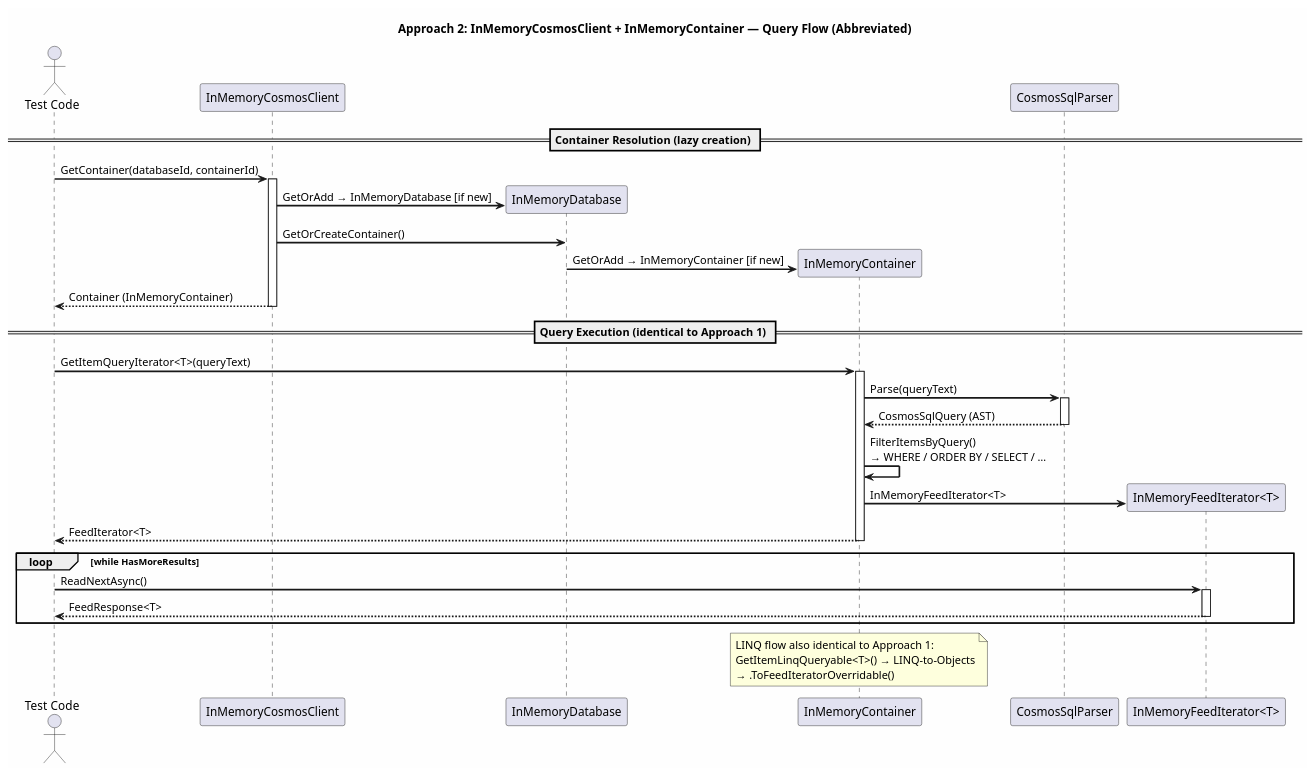
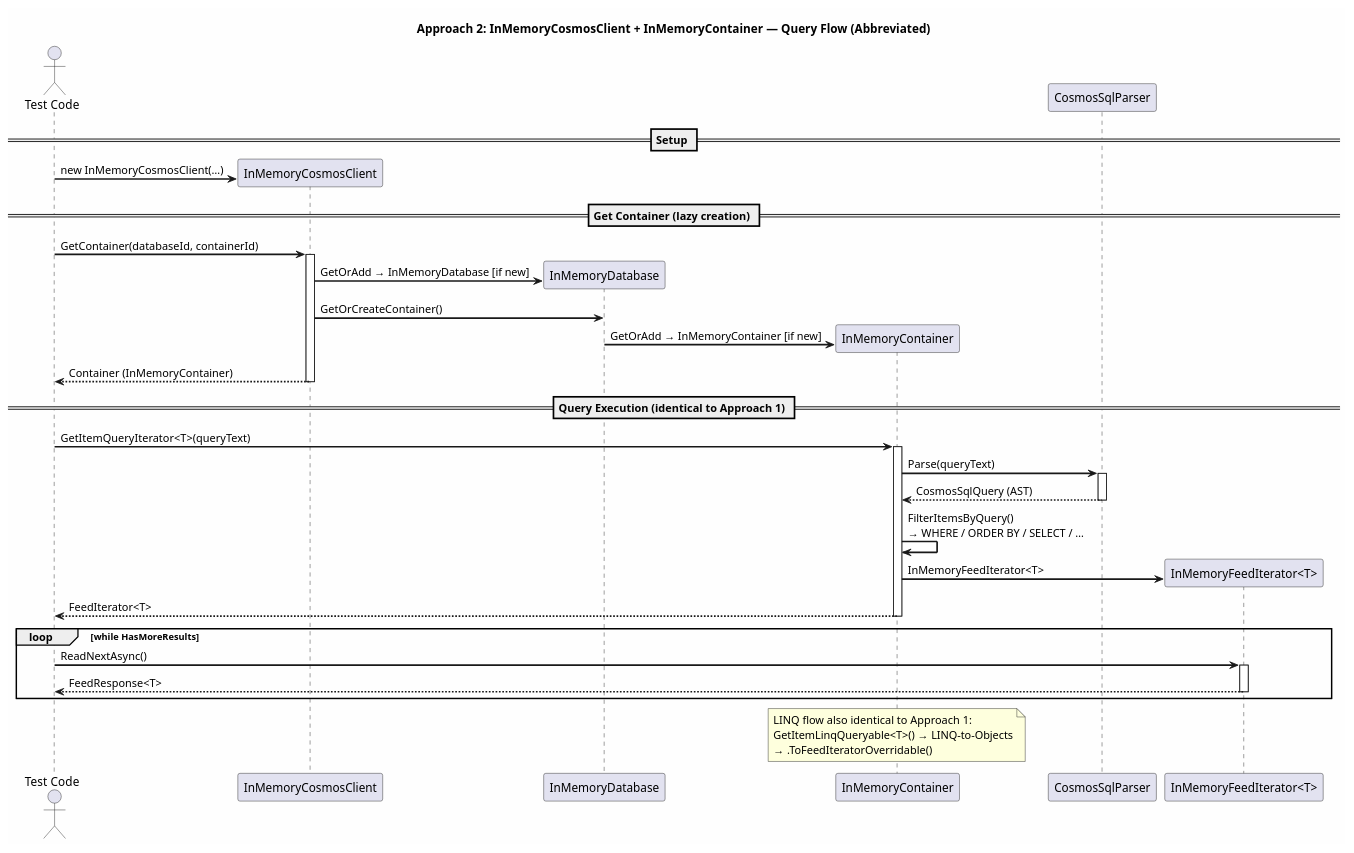
The diagram in plans/diagrams/abbreviated/approach2.puml (lemonlion/CosmosDB.InMemoryEmulator), drawn with PlantUML before and after one commit. The commit also changed 13 other files, not shown here.

```diff
--- a/plans/diagrams/abbreviated/approach2.puml
+++ b/plans/diagrams/abbreviated/approach2.puml
@@ -1,42 +1,45 @@
 @startuml approach2-abbreviated
 title **Approach 2: InMemoryCosmosClient + InMemoryContainer — Query Flow (Abbreviated)**
 
 skinparam backgroundColor #FEFEFE
 skinparam sequenceArrowThickness 2
 
 actor "Test Code" as Test
 participant "InMemoryCosmosClient" as Client
 participant "InMemoryDatabase" as DB
 participant "InMemoryContainer" as IMC
 participant "CosmosSqlParser" as Parser
 participant "InMemoryFeedIterator<T>" as FeedIter
 
-== Container Resolution (lazy creation) ==
+== Setup ==
+Test -> Client ** : new InMemoryCosmosClient(…)
+
+== Get Container (lazy creation) ==
 
 Test -> Client ++ : GetContainer(databaseId, containerId)
 Client -> DB ** : GetOrAdd → InMemoryDatabase [if new]
 Client -> DB : GetOrCreateContainer()
 DB -> IMC ** : GetOrAdd → InMemoryContainer [if new]
 Client --> Test -- : Container (InMemoryContainer)
 
 == Query Execution (identical to Approach 1) ==
 
 Test -> IMC ++ : GetItemQueryIterator<T>(queryText)
 IMC -> Parser ++ : Parse(queryText)
 Parser --> IMC -- : CosmosSqlQuery (AST)
 IMC -> IMC : FilterItemsByQuery()\n→ WHERE / ORDER BY / SELECT / …
 IMC -> FeedIter ** : InMemoryFeedIterator<T>
 IMC --> Test -- : FeedIterator<T>
 
 loop while HasMoreResults
   Test -> FeedIter ++ : ReadNextAsync()
   FeedIter --> Test -- : FeedResponse<T>
 end
 
 note over IMC
   LINQ flow also identical to Approach 1:
   GetItemLinqQueryable<T>() → LINQ-to-Objects
   → .ToFeedIteratorOverridable()
 end note
 
 @enduml
```
